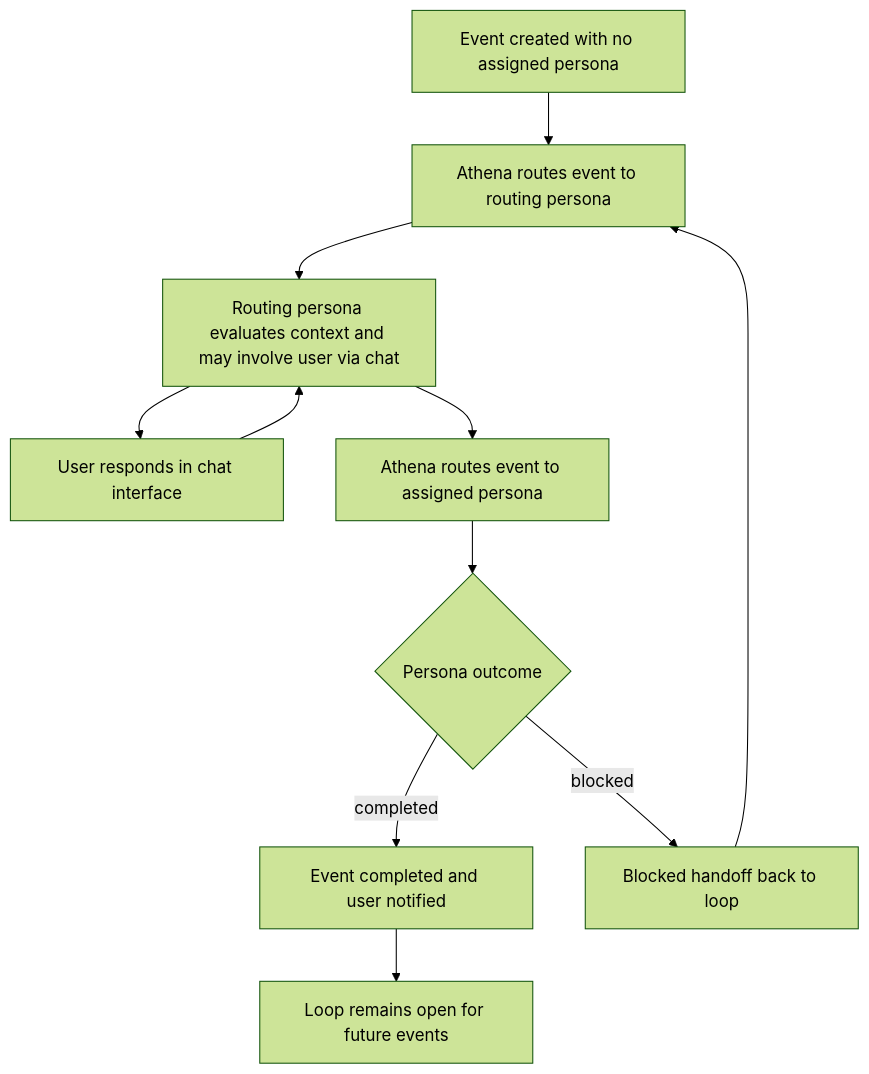
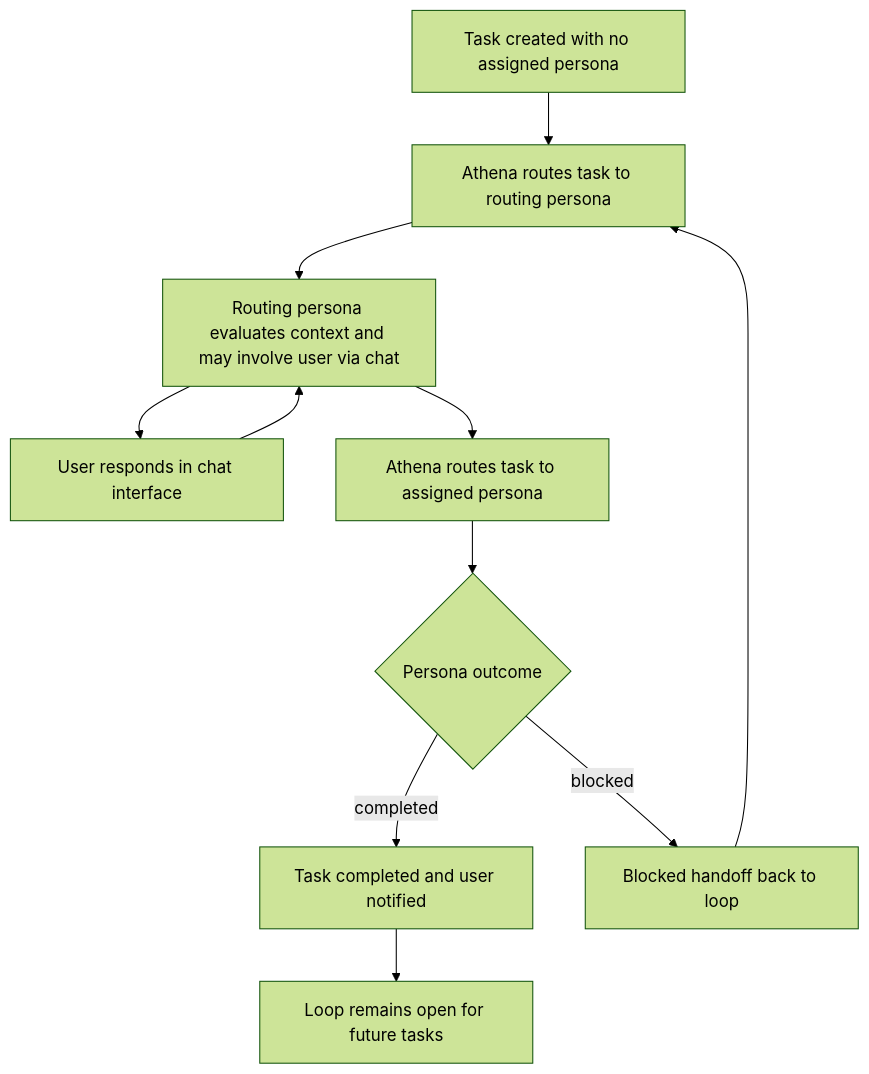
The diagram in docs/specs/definitions/theloop.md (canonical/athena), drawn with Mermaid (forest theme) before and after one commit. The commit also changed other lines of this file and 177 other files, not shown here.

````diff
--- a/docs/specs/definitions/theloop.md
+++ b/docs/specs/definitions/theloop.md
@@ -86,13 +86,13 @@
 ```mermaid
 flowchart TD
-   A[Event created with no assigned persona] --> B[Athena routes event to routing persona ]
+   A[Task created with no assigned persona] --> B[Athena routes task to routing persona]
    B --> C[Routing persona evaluates context and may involve user via chat]
    C --> U[User responds in chat interface]
    U --> C
-   C --> D[Athena routes event to assigned persona]
+   C --> D[Athena routes task to assigned persona]
    D --> E{Persona outcome}
-   E -->|completed| F[Event completed and user notified]
+   E -->|completed| F[Task completed and user notified]
    E -->|blocked| G[Blocked handoff back to loop]
    G --> B
-   F --> H[Loop remains open for future events]
+   F --> H[Loop remains open for future tasks]
 ```
````
